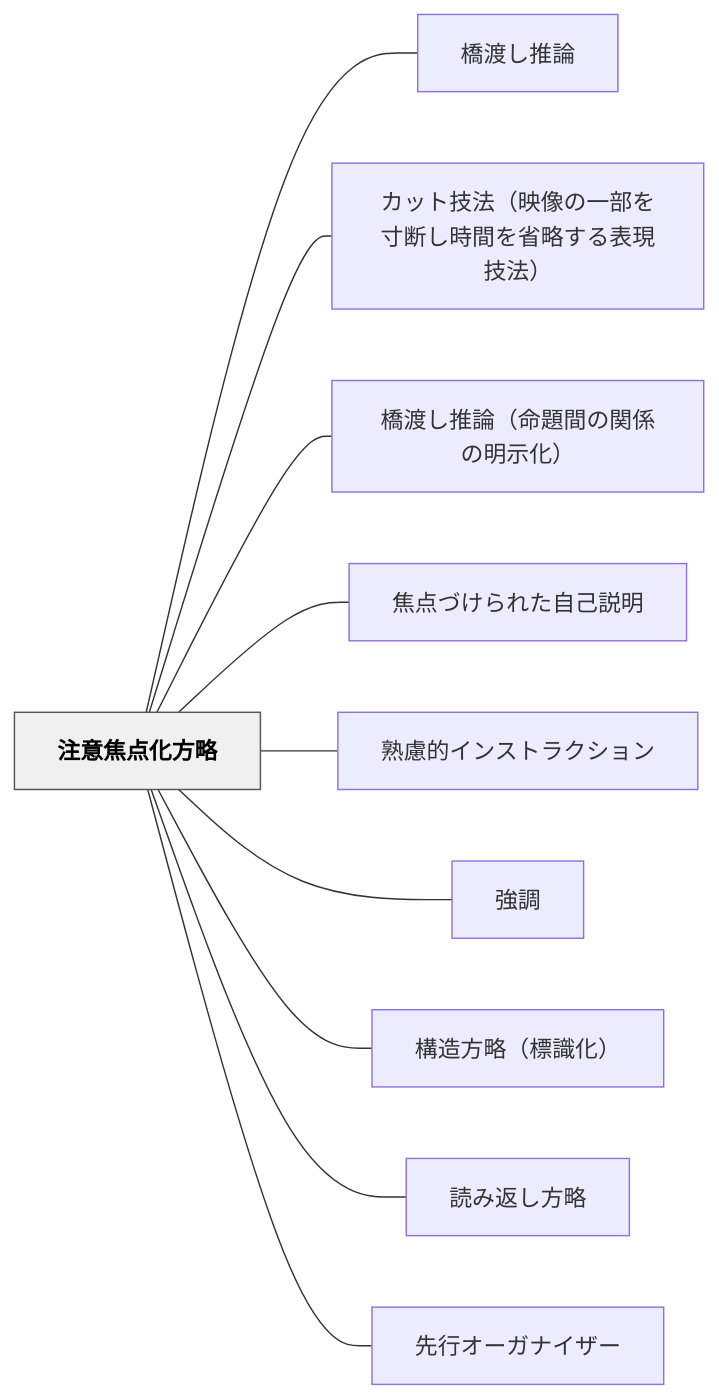
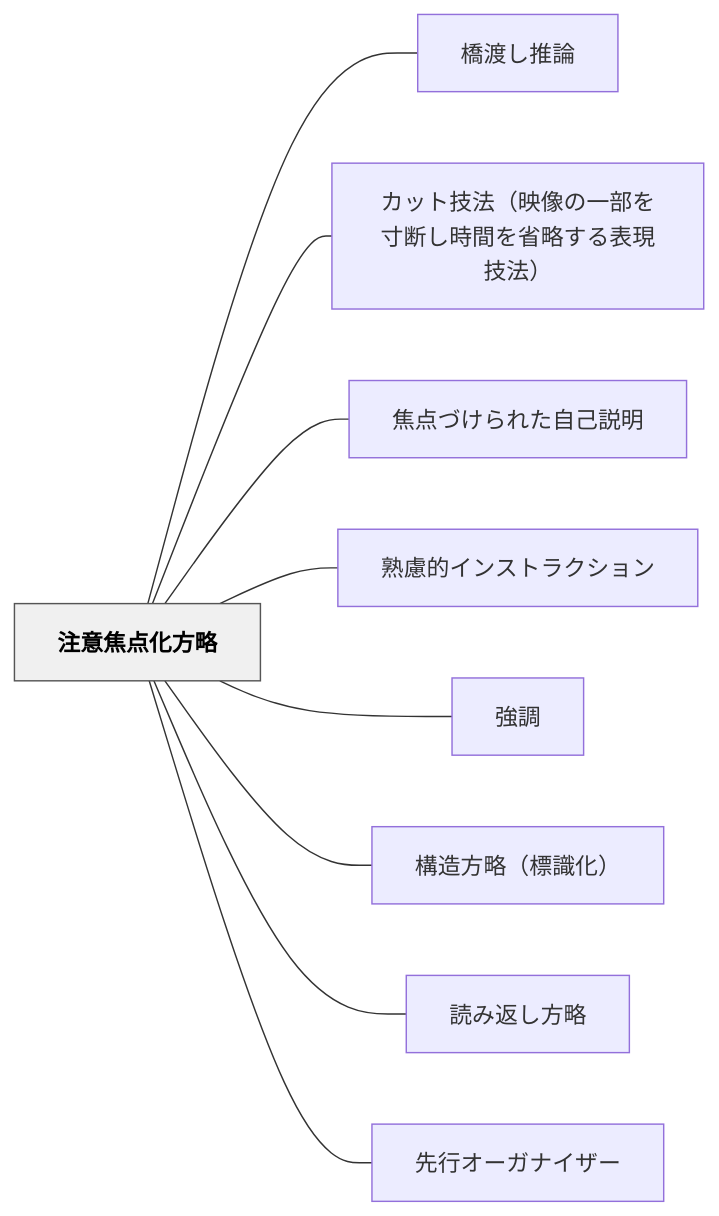
Before and after one commit to unknownthings-ed-patterns/unknownthings-ed-patterns: the diagram in content/パタン/注意焦点化方略.md, drawn with Mermaid. The commit also changed other lines of this file and 18 other files, not shown here.

````diff
--- a/content/パタン/注意焦点化方略.md
+++ b/content/パタン/注意焦点化方略.md
@@ -46,26 +46,24 @@
 ```mermaid
 flowchart LR
     ne6b3a8e6848fe784a6e782b9e58c96e696b9e795a5["注意焦点化方略"]
     ne6a98be6b8a1e38197e68ea8e8ab96["橋渡し推論"]
     ne382abe38383e38388e68a80e6b395efbc88e698a0e5838fe381aee4b880e983a8e38292e5afb8e696ade38197e69982e99693e38292e79c81e795a5e38199e3828be8a1a8e78fbee68a80e6b395efbc89["カット技法（映像の一部を寸断し時間を省略する表現技法）"]
-    ne6a98be6b8a1e38197e68ea8e8ab96efbc88e591bde9a18ce99693e381aee996a2e4bf82e381aee6988ee7a4bae58c96efbc89["橋渡し推論（命題間の関係の明示化）"]
     ne784a6e782b9e381a5e38191e38289e3828ce3819fe887aae5b7b1e8aaace6988e["焦点づけられた自己説明"]
     ne7869fe685aee79a84e382a4e383b3e382b9e38388e383a9e382afe382b7e383a7e383b3["熟慮的インストラクション"]
     ne5bcb7e8aabf["強調"]
     ne6a78be980a0e696b9e795a5efbc88e6a899e8ad98e58c96efbc89["構造方略（標識化）"]
     ne8aaade381bfe8bf94e38197e696b9e795a5["読み返し方略"]
     ne58588e8a18ce382aae383bce382ace3838ae382a4e382b6e383bc["先行オーガナイザー"]
 
     ne6b3a8e6848fe784a6e782b9e58c96e696b9e795a5 --- ne6a98be6b8a1e38197e68ea8e8ab96
     ne6b3a8e6848fe784a6e782b9e58c96e696b9e795a5 --- ne382abe38383e38388e68a80e6b395efbc88e698a0e5838fe381aee4b880e983a8e38292e5afb8e696ade38197e69982e99693e38292e79c81e795a5e38199e3828be8a1a8e78fbee68a80e6b395efbc89
-    ne6b3a8e6848fe784a6e782b9e58c96e696b9e795a5 --- ne6a98be6b8a1e38197e68ea8e8ab96efbc88e591bde9a18ce99693e381aee996a2e4bf82e381aee6988ee7a4bae58c96efbc89
     ne6b3a8e6848fe784a6e782b9e58c96e696b9e795a5 --- ne784a6e782b9e381a5e38191e38289e3828ce3819fe887aae5b7b1e8aaace6988e
     ne6b3a8e6848fe784a6e782b9e58c96e696b9e795a5 --- ne7869fe685aee79a84e382a4e383b3e382b9e38388e383a9e382afe382b7e383a7e383b3
     ne6b3a8e6848fe784a6e782b9e58c96e696b9e795a5 --- ne5bcb7e8aabf
     ne6b3a8e6848fe784a6e782b9e58c96e696b9e795a5 --- ne6a78be980a0e696b9e795a5efbc88e6a899e8ad98e58c96efbc89
     ne6b3a8e6848fe784a6e782b9e58c96e696b9e795a5 --- ne8aaade381bfe8bf94e38197e696b9e795a5
     ne6b3a8e6848fe784a6e782b9e58c96e696b9e795a5 --- ne58588e8a18ce382aae383bce382ace3838ae382a4e382b6e383bc
 
     classDef hub fill:#f0f0f0,stroke:#555,color:#000,font-weight:bold
     class ne6b3a8e6848fe784a6e782b9e58c96e696b9e795a5 hub
 ```
````
